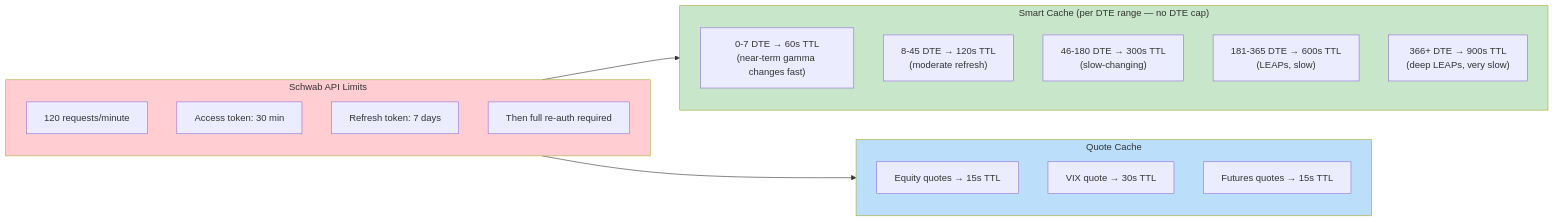
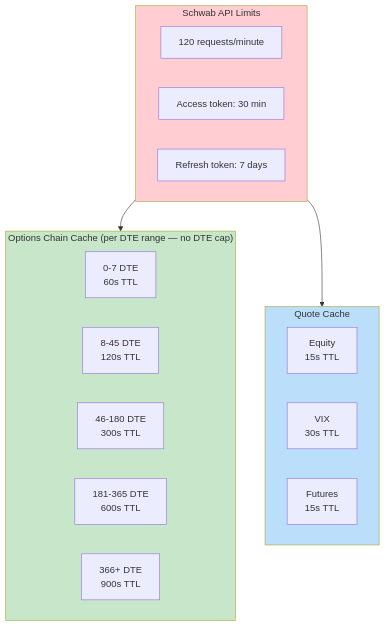
The seventh of 10 diagrams in docs/ARCHITECTURE.md (nsnguyen/thinkorswim_local_mcp), drawn with Mermaid before and after one commit. The commit also changed other lines of this file and 5 other files, not shown here.

First line of the commit message:
Break phases into separate docs, fix remaining diagrams to top-down

````diff
--- a/docs/ARCHITECTURE.md
+++ b/docs/ARCHITECTURE.md
@@ -456,30 +457,32 @@
 ```mermaid
-graph LR
+graph TB
     subgraph Limits["Schwab API Limits"]
+        direction LR
         L1["120 requests/minute"]
         L2["Access token: 30 min"]
         L3["Refresh token: 7 days"]
-        L4["Then full re-auth required"]
     end
 
-    subgraph Cache["Smart Cache (per DTE range — no DTE cap)"]
-        C1["0-7 DTE → 60s TTL<br/>(near-term gamma changes fast)"]
-        C2["8-45 DTE → 120s TTL<br/>(moderate refresh)"]
-        C3["46-180 DTE → 300s TTL<br/>(slow-changing)"]
-        C4["181-365 DTE → 600s TTL<br/>(LEAPs, slow)"]
-        C5["366+ DTE → 900s TTL<br/>(deep LEAPs, very slow)"]
+    subgraph Cache["Options Chain Cache (per DTE range — no DTE cap)"]
+        direction LR
+        C1["0-7 DTE<br/>60s TTL"]
+        C2["8-45 DTE<br/>120s TTL"]
+        C3["46-180 DTE<br/>300s TTL"]
+        C4["181-365 DTE<br/>600s TTL"]
+        C5["366+ DTE<br/>900s TTL"]
     end
 
     subgraph Quotes["Quote Cache"]
-        Q1["Equity quotes → 15s TTL"]
-        Q2["VIX quote → 30s TTL"]
-        Q3["Futures quotes → 15s TTL"]
+        direction LR
+        Q1["Equity<br/>15s TTL"]
+        Q2["VIX<br/>30s TTL"]
+        Q3["Futures<br/>15s TTL"]
     end
 
     Limits --> Cache
     Limits --> Quotes
 
     style Limits fill:#ffcdd2
     style Cache fill:#c8e6c9
     style Quotes fill:#bbdefb
 ```
````
